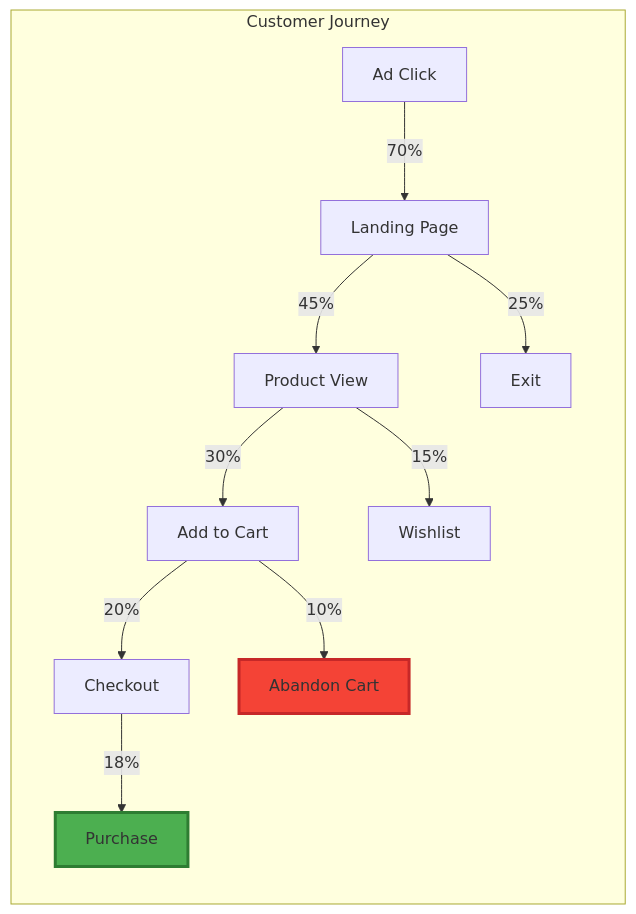
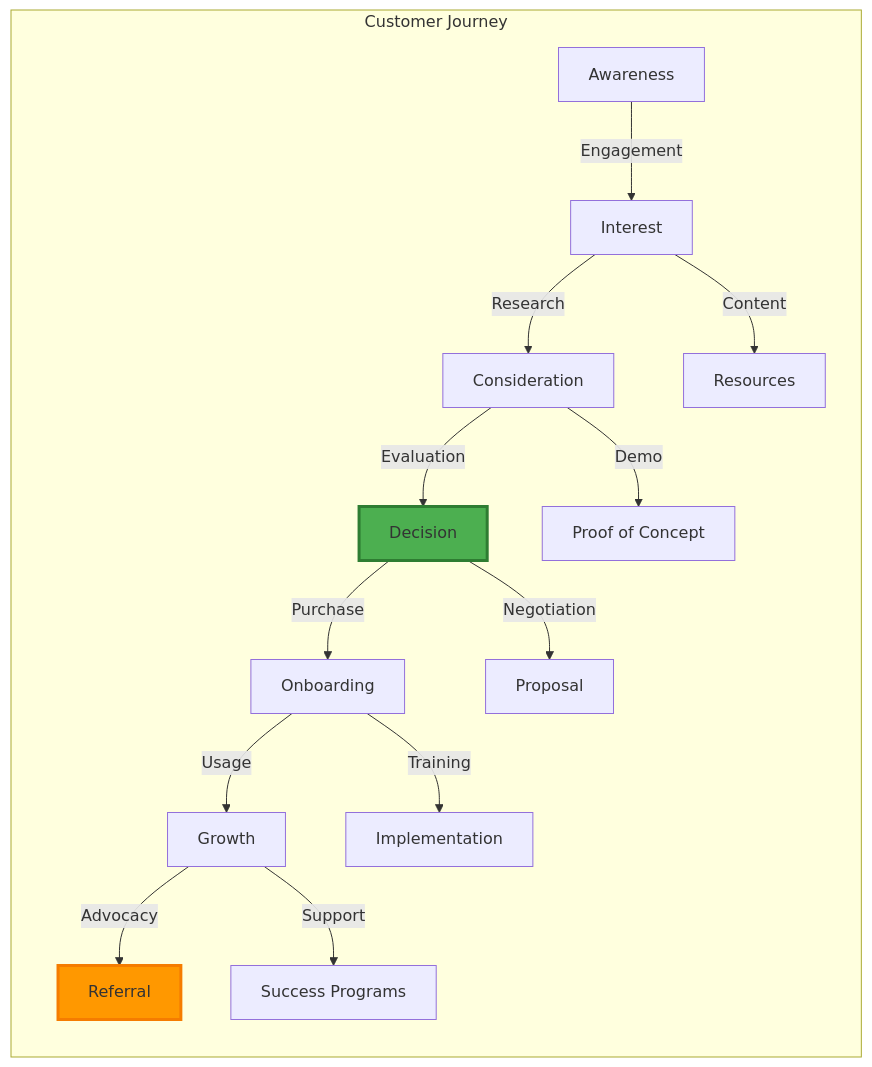
One commit to TheCowboyAI/alchemist changed the fourth of 10 diagrams in doc/publish/business/03-use-cases.md. Above: the diagram before and after it, drawn with Mermaid. The commit also changed other lines of this file and 4 other files, not shown here.

````diff
--- a/doc/publish/business/03-use-cases.md
+++ b/doc/publish/business/03-use-cases.md
@@ -15,17 +162,20 @@
 ```mermaid
 graph LR
     subgraph "Customer Journey"
-        A[Ad Click] -->|70%| B[Landing Page]
-        B -->|45%| C[Product View]
-        C -->|30%| D[Add to Cart]
-        D -->|20%| E[Checkout]
-        E -->|18%| F[Purchase]
+        A[Awareness] -->|Engagement| B[Interest]
+        B -->|Research| C[Consideration]
+        C -->|Evaluation| D[Decision]
+        D -->|Purchase| E[Onboarding]
+        E -->|Usage| F[Growth]
+        F -->|Advocacy| G[Referral]
 
-        B -->|25%| G[Exit]
-        C -->|15%| H[Wishlist]
-        D -->|10%| I[Abandon Cart]
+        B -->|Content| H[Resources]
+        C -->|Demo| I[Proof of Concept]
+        D -->|Negotiation| J[Proposal]
+        E -->|Training| K[Implementation]
+        F -->|Support| L[Success Programs]
 
-        style F fill:#4CAF50,stroke:#2E7D32,stroke-width:3px
-        style I fill:#F44336,stroke:#C62828,stroke-width:3px
+        style D fill:#4CAF50,stroke:#2E7D32,stroke-width:3px
+        style G fill:#FF9800,stroke:#F57C00,stroke-width:3px
     end
 ```
````
